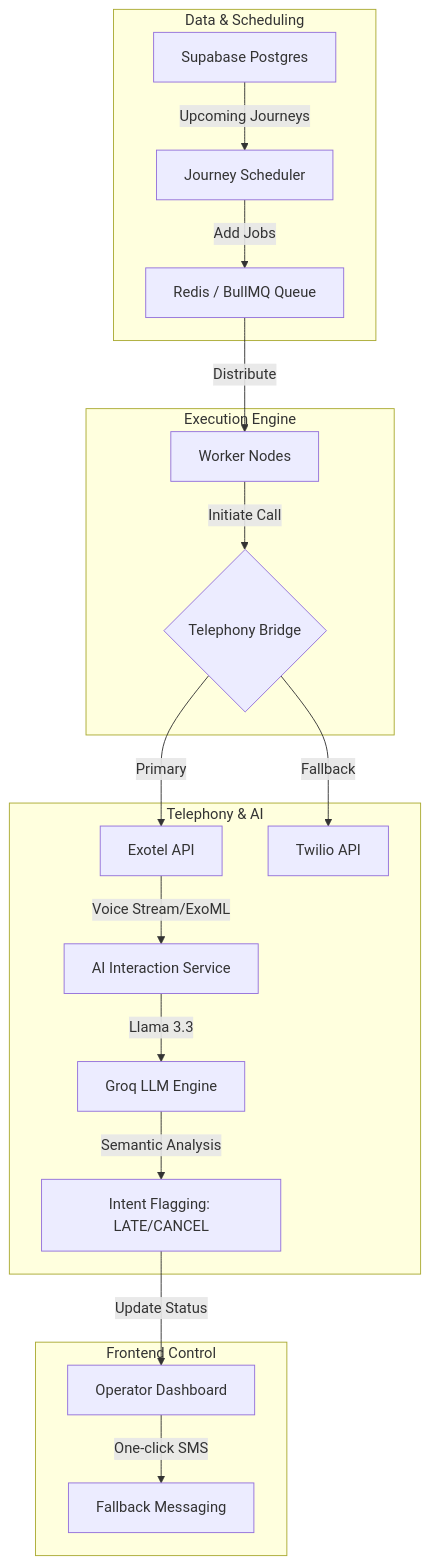
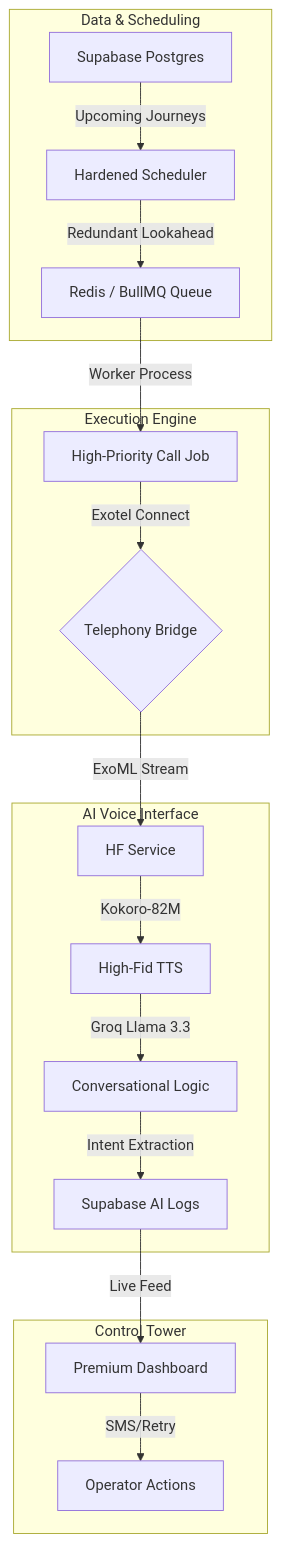
Before and after one commit to jaggureddy11/ai-voice-calling-bot: the diagram in README.md, drawn with Mermaid. The commit also changed other lines of this file, not shown here.

Commit message:
docs: refine README with high-fidelity visuals and Kokoro-82M details

````diff
--- a/README.md
+++ b/README.md
@@ -44,25 +45,24 @@
 ```mermaid
 graph TD
     subgraph "Data & Scheduling"
-        A[Supabase Postgres] -->|Upcoming Journeys| B[Journey Scheduler]
-        B -->|Add Jobs| C[Redis / BullMQ Queue]
+        A[Supabase Postgres] -->|Upcoming Journeys| B[Hardened Scheduler]
+        B -->|Redundant Lookahead| C[Redis / BullMQ Queue]
     end
 
     subgraph "Execution Engine"
-        C -->|Distribute| D[Worker Nodes]
-        D -->|Initiate Call| E{Telephony Bridge}
+        C -->|Worker Process| D[High-Priority Call Job]
+        D -->|Exotel Connect| E{Telephony Bridge}
     end
 
-    subgraph "Telephony & AI"
-        E -->|Primary| F[Exotel API]
-        E -->|Fallback| G[Twilio API]
-        F -->|Voice Stream/ExoML| H[AI Interaction Service]
-        H -->|Llama 3.3| I[Groq LLM Engine]
-        I -->|Semantic Analysis| J[Intent Flagging: LATE/CANCEL]
+    subgraph "AI Voice Interface"
+        E -->|ExoML Stream| F[HF Service]
+        F -->|Kokoro-82M| G[High-Fid TTS]
+        G -->|Groq Llama 3.3| H[Conversational Logic]
+        H -->|Intent Extraction| I[Supabase AI Logs]
     end
 
-    subgraph "Frontend Control"
-        J -->|Update Status| K[Operator Dashboard]
-        K -->|One-click SMS| L[Fallback Messaging]
+    subgraph "Control Tower"
+        I -->|Live Feed| J[Premium Dashboard]
+        J -->|SMS/Retry| K[Operator Actions]
     end
 ```
````
